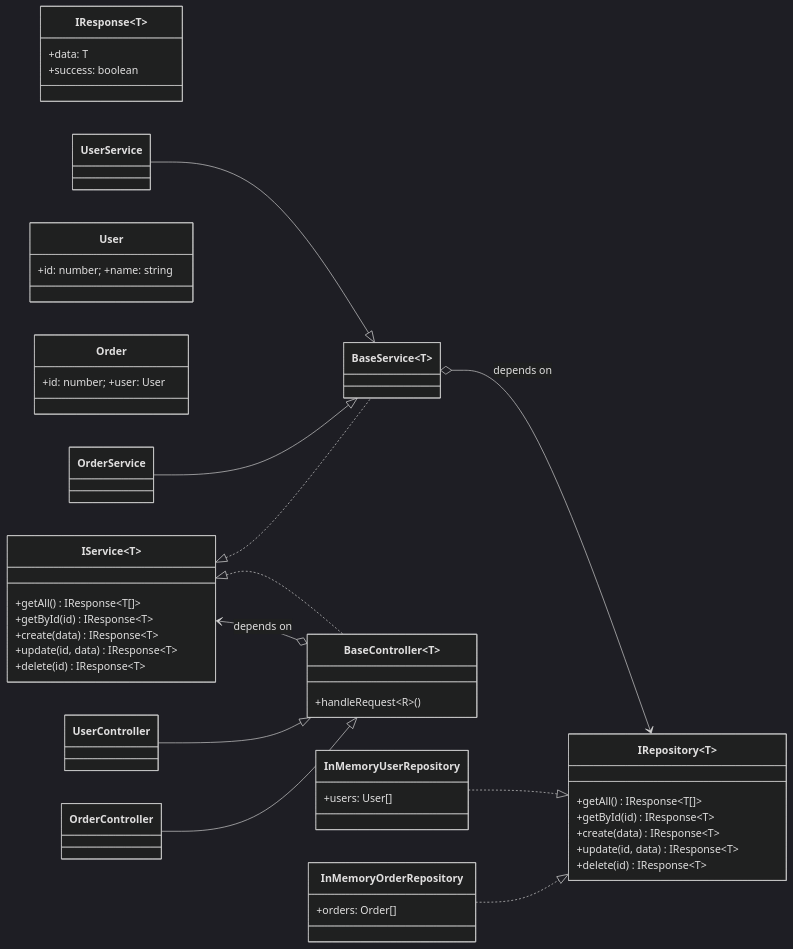
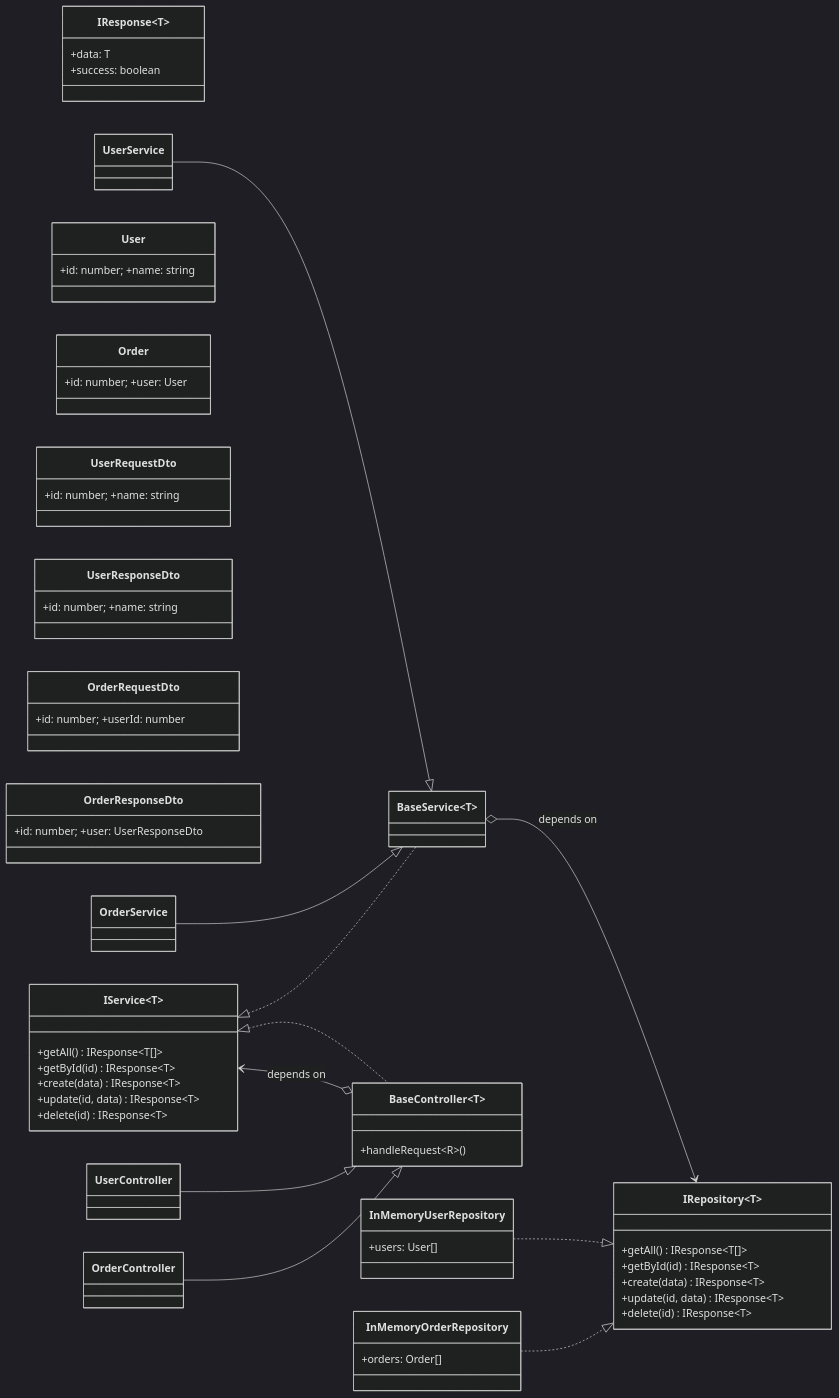
One commit to PaulAtkins88/typescript_generics changed the first of 3 diagrams in README.md. Above: the diagram before and after it, drawn with Mermaid (dark theme). The commit also changed other lines of this file and 9 other files, not shown here.

First line of the commit message:
Enhance DTO-aware services and controllers with request/response types

````diff
--- a/README.md
+++ b/README.md
@@ -78,56 +85,61 @@
 ```mermaid
 classDiagram
 direction LR
 
 class IResponse~T~ {
   +data: T
   +success: boolean
 }
 
 class IRepository~T~ {
   +getAll() IResponse~T[]~
   +getById(id) IResponse~T~
   +create(data) IResponse~T~
   +update(id, data) IResponse~T~
   +delete(id) IResponse~T~
 }
 
 class IService~T~ {
   +getAll() IResponse~T[]~
   +getById(id) IResponse~T~
   +create(data) IResponse~T~
   +update(id, data) IResponse~T~
   +delete(id) IResponse~T~
 }
 
 class BaseService~T~
 IService~T~ <|.. BaseService~T~
 BaseService~T~ o--> IRepository~T~ : depends on
 
 class BaseController~T~ {
   +handleRequest~R~()
 }
 IService~T~ <|.. BaseController~T~
 BaseController~T~ o--> IService~T~ : depends on
 
 class User { +id: number; +name: string }
 class Order { +id: number; +user: User }
 
+class UserRequestDto { +id: number; +name: string }
+class UserResponseDto { +id: number; +name: string }
+class OrderRequestDto { +id: number; +userId: number }
+class OrderResponseDto { +id: number; +user: UserResponseDto }
+
 class UserService
-UserService --|> BaseService~User~
+UserService --|> BaseService~UserRequestDto, UserResponseDto, User~
 
 class OrderService
-OrderService --|> BaseService~Order~
+OrderService --|> BaseService~OrderRequestDto, OrderResponseDto, Order~
 
 class InMemoryUserRepository { +users: User[] }
 InMemoryUserRepository ..|> IRepository~User~
 
 class InMemoryOrderRepository { +orders: Order[] }
 InMemoryOrderRepository ..|> IRepository~Order~
 
 class UserController
-UserController --|> BaseController~User~
+UserController --|> BaseController~UserRequestDto, UserResponseDto~
 
 class OrderController
-OrderController --|> BaseController~Order~
+OrderController --|> BaseController~OrderRequestDto, OrderResponseDto~
 ```
````
